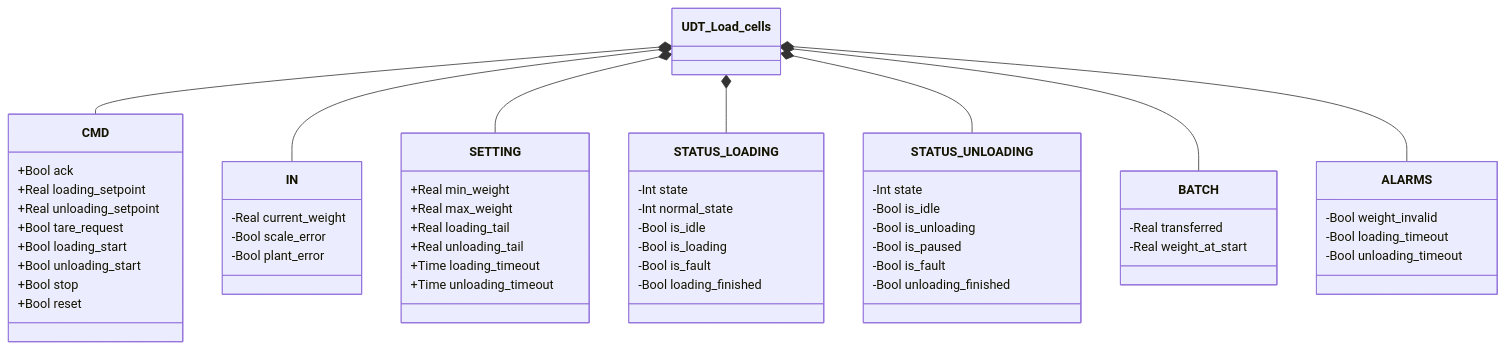
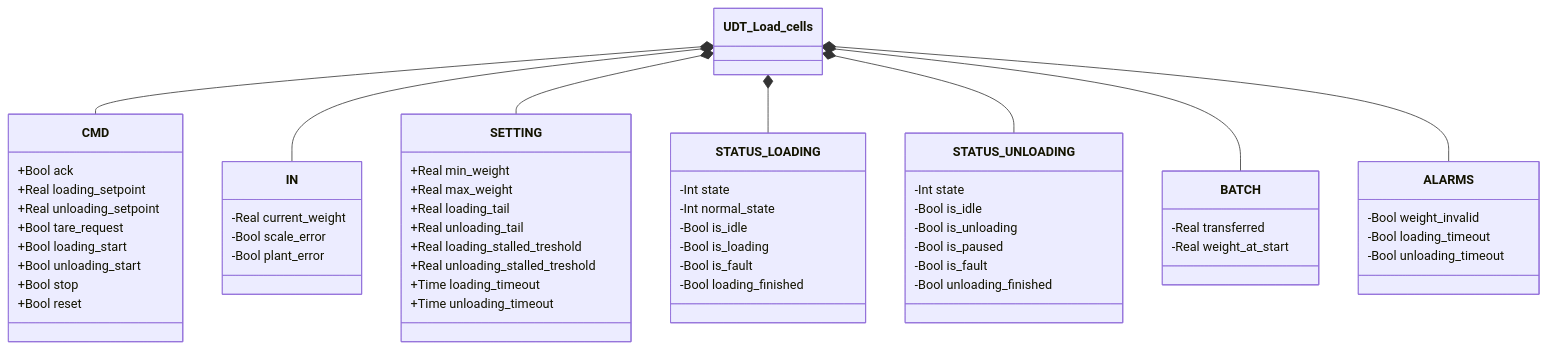
The first of 3 diagrams in docs/en/library/load-cells/loading-unloading/index.md (AleFire99/TIA_knowledge), drawn with Mermaid before and after one commit. The commit also changed other lines of this file and 24 other files, not shown here.

````diff
--- a/docs/en/library/load-cells/loading-unloading/index.md
+++ b/docs/en/library/load-cells/loading-unloading/index.md
@@ -15,59 +15,61 @@
 ```mermaid
 classDiagram
     class UDT_Load_cells
     class CMD {
         +Bool ack
         +Real loading_setpoint
         +Real unloading_setpoint
         +Bool tare_request
         +Bool loading_start
         +Bool unloading_start
         +Bool stop
         +Bool reset
     }
     class IN {
         -Real current_weight
         -Bool scale_error
         -Bool plant_error
     }
     class SETTING {
         +Real min_weight
         +Real max_weight
         +Real loading_tail
         +Real unloading_tail
+        +Real loading_stalled_treshold
+        +Real unloading_stalled_treshold
         +Time loading_timeout
         +Time unloading_timeout
     }
     class STATUS_LOADING {
         -Int state
         -Int normal_state
         -Bool is_idle
         -Bool is_loading
         -Bool is_fault
         -Bool loading_finished
     }
     class STATUS_UNLOADING {
         -Int state
         -Bool is_idle
         -Bool is_unloading
         -Bool is_paused
         -Bool is_fault
         -Bool unloading_finished
     }
     class BATCH {
         -Real transferred
         -Real weight_at_start
     }
     class ALARMS {
         -Bool weight_invalid
         -Bool loading_timeout
         -Bool unloading_timeout
     }
     UDT_Load_cells *-- CMD
     UDT_Load_cells *-- IN
     UDT_Load_cells *-- SETTING
     UDT_Load_cells *-- STATUS_LOADING
     UDT_Load_cells *-- STATUS_UNLOADING
     UDT_Load_cells *-- BATCH
     UDT_Load_cells *-- ALARMS
 ```
````
